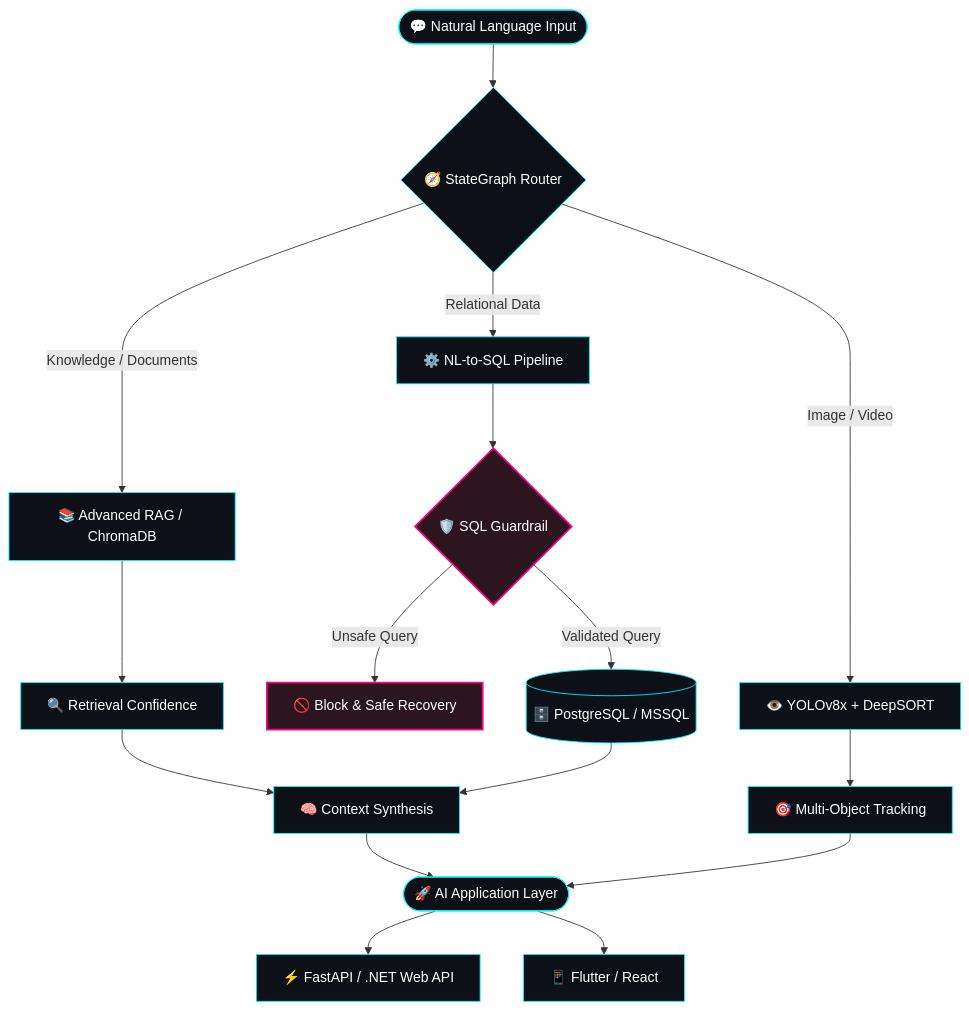
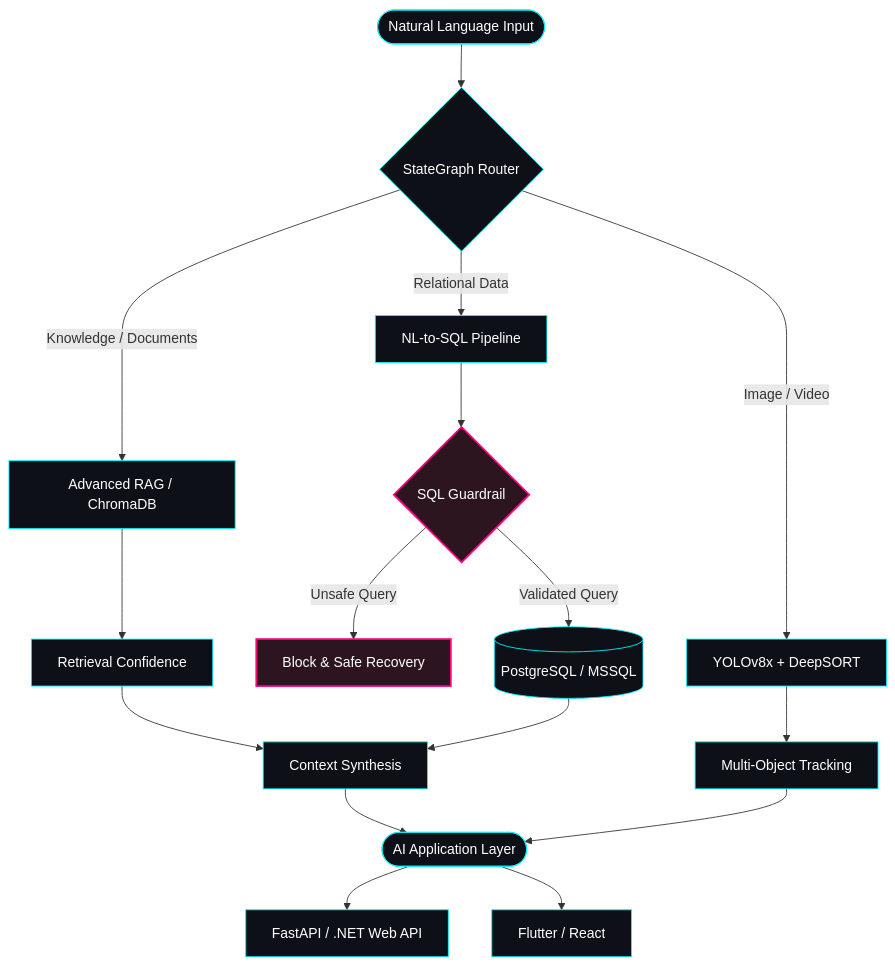
One commit to izzet7979/izzet7979 changed the diagram in README.md. Above: the diagram before and after it, drawn with Mermaid. The commit also changed other lines of this file, not shown here.

````diff
--- a/README.md
+++ b/README.md
@@ -51,29 +50,29 @@
 ```mermaid
 graph TD
-    A([💬 Natural Language Input]) --> B{🧭 StateGraph Router}
+    A([Natural Language Input]) --> B{StateGraph Router}
 
-    B -->|Knowledge / Documents| C[📚 Advanced RAG / ChromaDB]
-    B -->|Relational Data| D[⚙️ NL-to-SQL Pipeline]
-    B -->|Image / Video| E[👁️ YOLOv8x + DeepSORT]
+    B -->|Knowledge / Documents| C[Advanced RAG / ChromaDB]
+    B -->|Relational Data| D[NL-to-SQL Pipeline]
+    B -->|Image / Video| E[YOLOv8x + DeepSORT]
 
-    D --> F{🛡️ SQL Guardrail}
-    F -->|Unsafe Query| G[🚫 Block & Safe Recovery]
-    F -->|Validated Query| H[(🗄️ PostgreSQL / MSSQL)]
+    D --> F{SQL Guardrail}
+    F -->|Unsafe Query| G[Block & Safe Recovery]
+    F -->|Validated Query| H[(PostgreSQL / MSSQL)]
 
-    C --> I[🔍 Retrieval Confidence]
-    I --> J[🧠 Context Synthesis]
+    C --> I[Retrieval Confidence]
+    I --> J[Context Synthesis]
 
     H --> J
-    E --> K[🎯 Multi-Object Tracking]
+    E --> K[Multi-Object Tracking]
 
-    J --> L([🚀 AI Application Layer])
+    J --> L([AI Application Layer])
     K --> L
 
-    L --> M[⚡ FastAPI / .NET Web API]
-    L --> N[📱 Flutter / React]
+    L --> M[FastAPI / .NET Web API]
+    L --> N[Flutter / React]
 
     classDef default fill:#0d1117,stroke:#00f5ff,stroke-width:1px,color:#fff;
     classDef alert fill:#2d1520,stroke:#ff007f,stroke-width:2px,color:#fff;
 
     class F,G alert;
 ```
````
